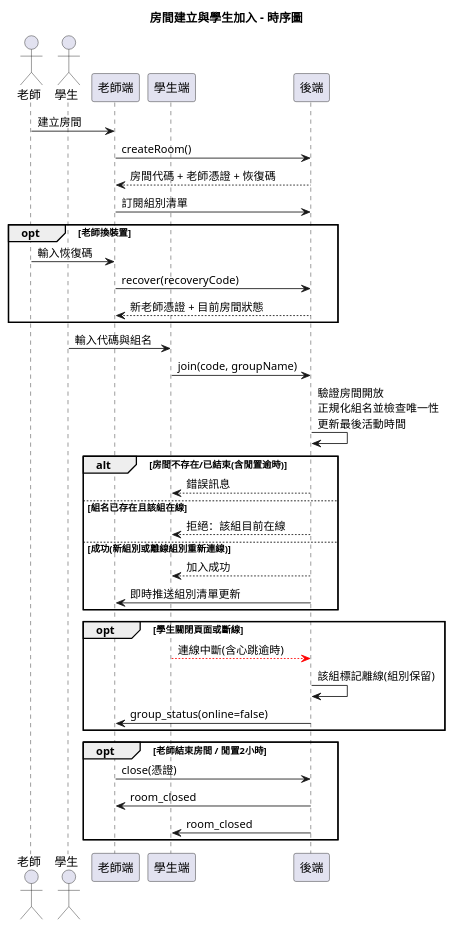
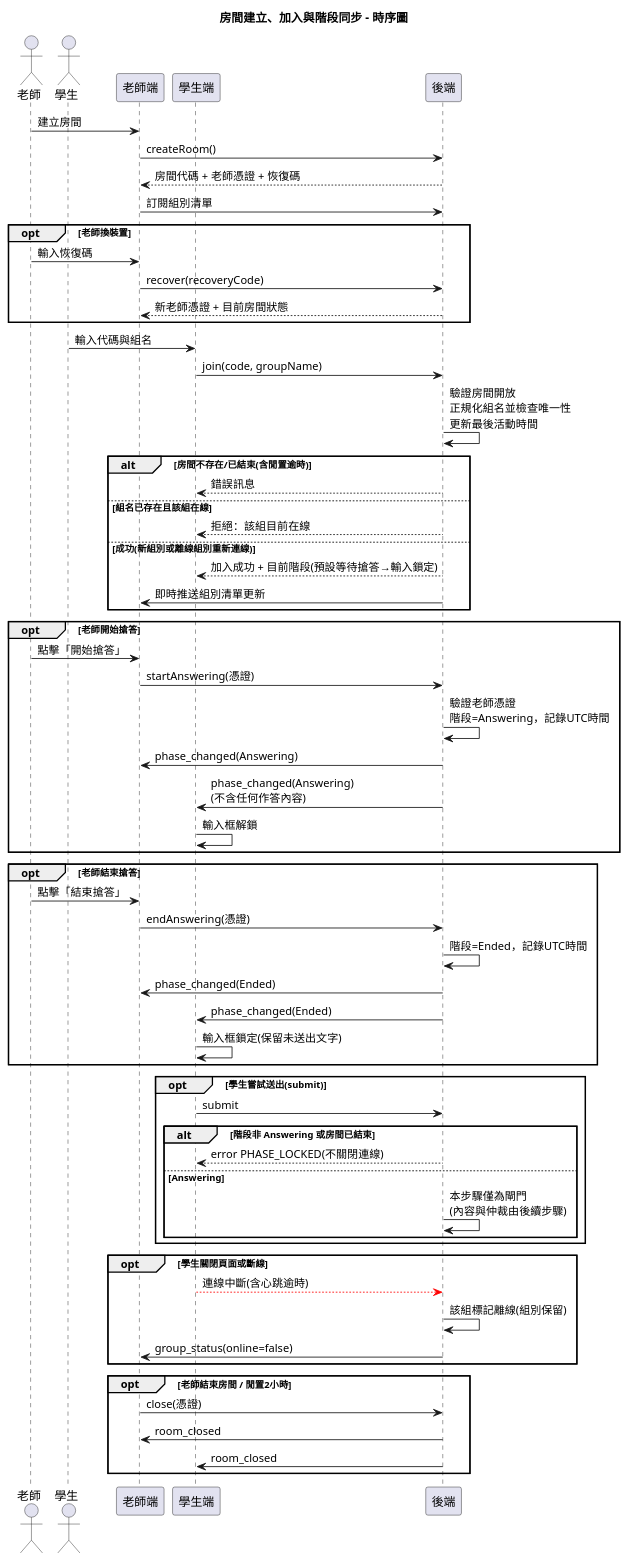
Before and after one commit to lin900822/ncu-se-final: the diagram in diagrams/sequence.puml, drawn with PlantUML. The commit also changed 29 other files, not shown here.

```diff
--- a/diagrams/sequence.puml
+++ b/diagrams/sequence.puml
@@ -1,38 +1,62 @@
 @startuml sequence
-title 房間建立與學生加入 - 時序圖
+title 房間建立、加入與階段同步 - 時序圖
 actor 老師
 actor 學生
 participant "老師端" as T
 participant "學生端" as S
 participant "後端" as B
 老師 -> T : 建立房間
 T -> B : createRoom()
 B --> T : 房間代碼 + 老師憑證 + 恢復碼
 T -> B : 訂閱組別清單
 opt 老師換裝置
   老師 -> T : 輸入恢復碼
   T -> B : recover(recoveryCode)
   B --> T : 新老師憑證 + 目前房間狀態
 end
 學生 -> S : 輸入代碼與組名
 S -> B : join(code, groupName)
 B -> B : 驗證房間開放\n正規化組名並檢查唯一性\n更新最後活動時間
 alt 房間不存在/已結束(含閒置逾時)
   B --> S : 錯誤訊息
 else 組名已存在且該組在線
   B --> S : 拒絕：該組目前在線
 else 成功(新組別或離線組別重新連線)
-  B --> S : 加入成功
+  B --> S : 加入成功 + 目前階段(預設等待搶答→輸入鎖定)
   B -> T : 即時推送組別清單更新
+end
+opt 老師開始搶答
+  老師 -> T : 點擊「開始搶答」
+  T -> B : startAnswering(憑證)
+  B -> B : 驗證老師憑證\n階段=Answering，記錄UTC時間
+  B -> T : phase_changed(Answering)
+  B -> S : phase_changed(Answering)\n(不含任何作答內容)
+  S -> S : 輸入框解鎖
+end
+opt 老師結束搶答
+  老師 -> T : 點擊「結束搶答」
+  T -> B : endAnswering(憑證)
+  B -> B : 階段=Ended，記錄UTC時間
+  B -> T : phase_changed(Ended)
+  B -> S : phase_changed(Ended)
+  S -> S : 輸入框鎖定(保留未送出文字)
+end
+opt 學生嘗試送出(submit)
+  S -> B : submit
+  alt 階段非 Answering 或房間已結束
+    B --> S : error PHASE_LOCKED(不關閉連線)
+  else Answering
+    B -> B : 本步驟僅為閘門\n(內容與仲裁由後續步驟)
+  end
 end
 opt 學生關閉頁面或斷線
   S -[#red]-> B : 連線中斷(含心跳逾時)
   B -> B : 該組標記離線(組別保留)
   B -> T : group_status(online=false)
 end
 opt 老師結束房間 / 閒置2小時
   T -> B : close(憑證)
   B -> T : room_closed
   B -> S : room_closed
 end
 @enduml
```
